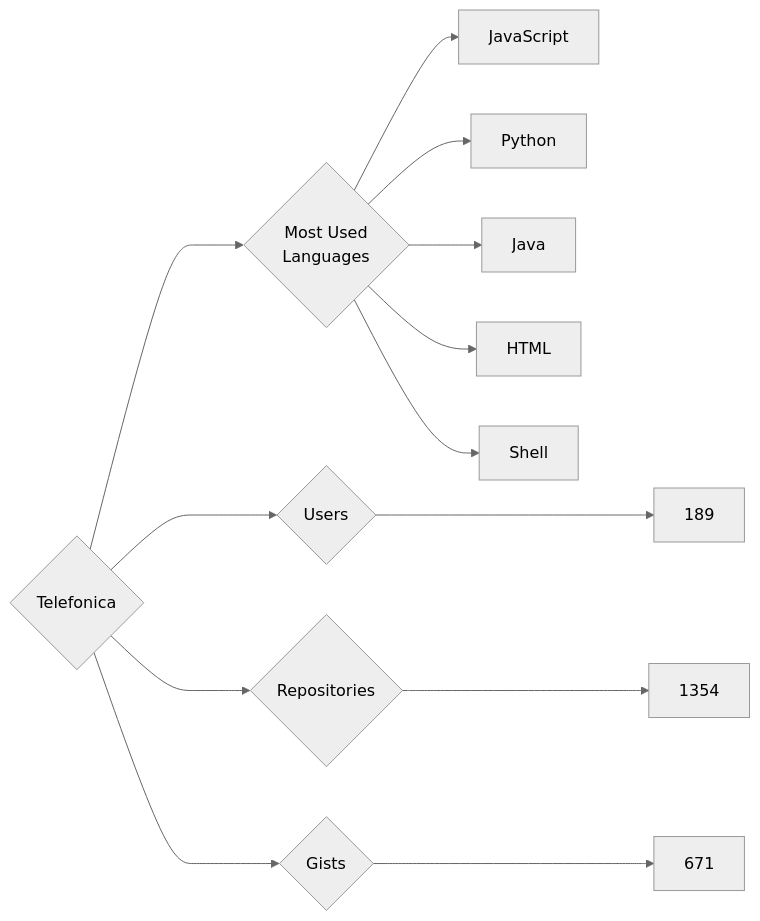
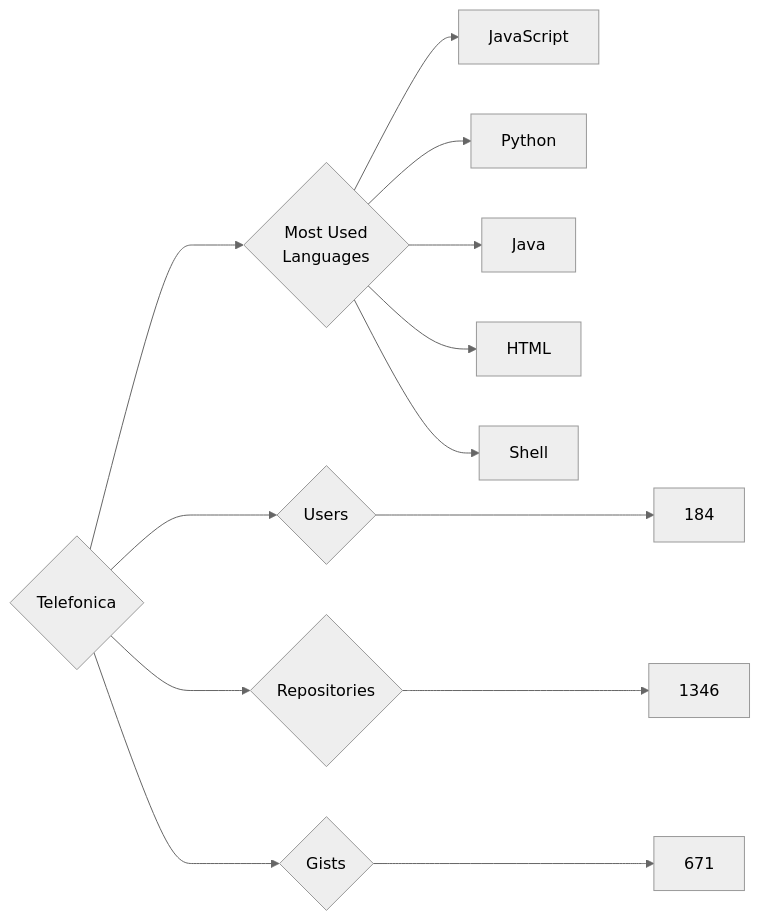
The diagram in targets/Telefonica/README.md (trickest/insiders), drawn with Mermaid (neutral theme) before and after one commit. The commit also changed 928 other files, not shown here.

````diff
--- a/targets/Telefonica/README.md
+++ b/targets/Telefonica/README.md
@@ -3,13 +3,13 @@
 ```mermaid
 graph LR
 COMPANY_NAME{Telefonica}
-COMPANY_NAME ---> U{Users} ---> UN[189]
-COMPANY_NAME ---> R{Repositories} ---> RN[1354]
+COMPANY_NAME ---> U{Users} ---> UN[184]
+COMPANY_NAME ---> R{Repositories} ---> RN[1346]
 COMPANY_NAME ---> G{Gists} ---> GN[671]
 COMPANY_NAME ---> ML{Most Used<br>Languages}
 ML --> JavaScript[JavaScript]
 ML --> Python[Python]
 ML --> Java[Java]
 ML --> HTML[HTML]
 ML --> Shell[Shell]
 ```
````
